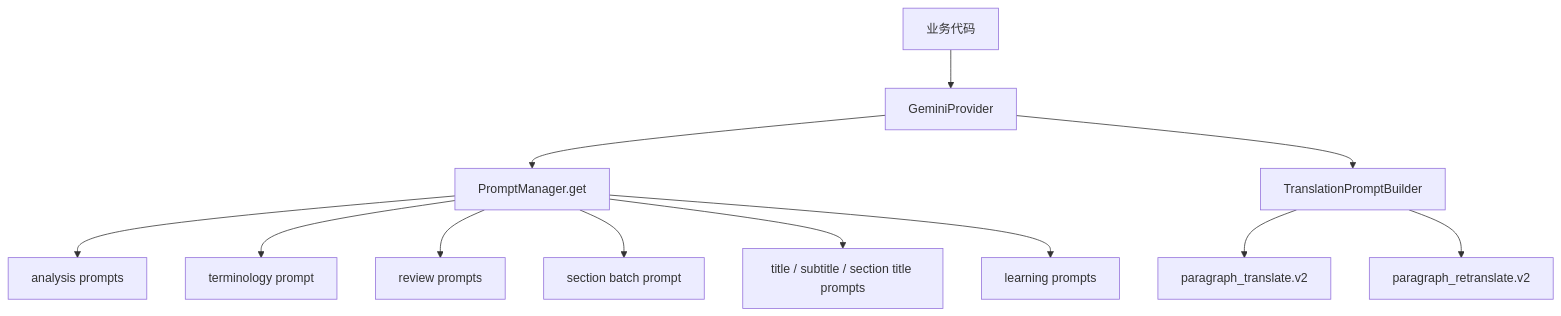
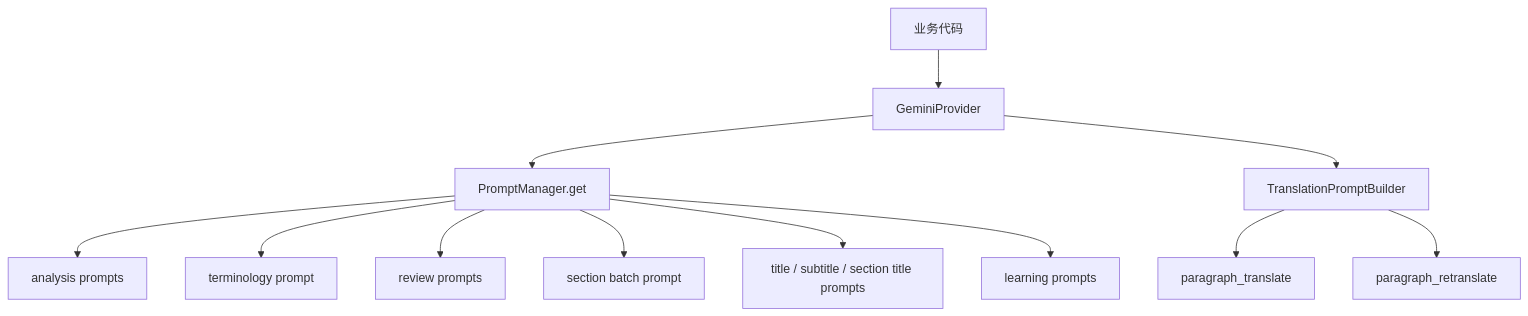
Before and after one commit to zzxxww01/translation-web: the second of 11 diagrams in docs/长文翻译链路.md, drawn with Mermaid. The commit also changed other lines of this file and 174 other files, not shown here.

````diff
--- a/docs/长文翻译链路.md
+++ b/docs/长文翻译链路.md
@@ -73,16 +73,16 @@
 ```mermaid
 flowchart TD
     A[业务代码] --> B[GeminiProvider]
     B --> C1[PromptManager.get]
     B --> C2[TranslationPromptBuilder]
 
-    C2 --> D1[paragraph_translate.v2]
-    C2 --> D2[paragraph_retranslate.v2]
+    C2 --> D1[paragraph_translate]
+    C2 --> D2[paragraph_retranslate]
 
     C1 --> D3[analysis prompts]
     C1 --> D4[terminology prompt]
     C1 --> D5[review prompts]
     C1 --> D6[section batch prompt]
     C1 --> D7[title / subtitle / section title prompts]
     C1 --> D8[learning prompts]
 ```
````
